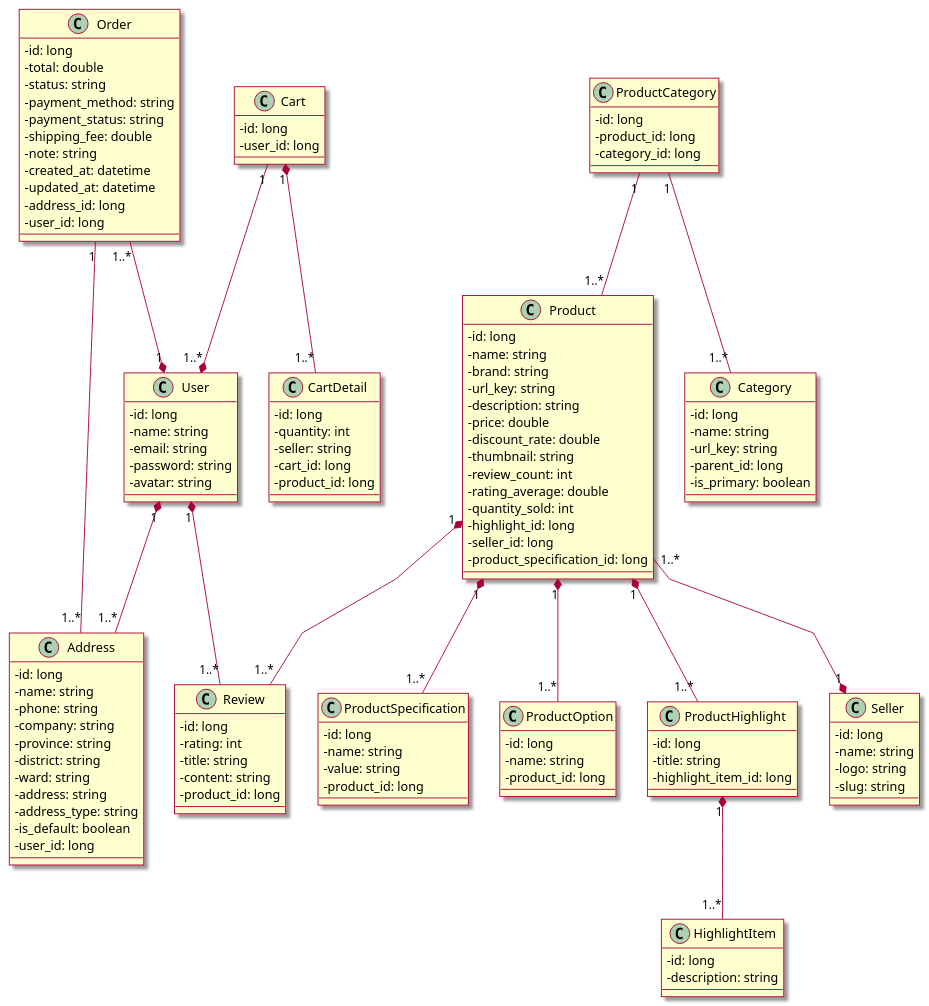
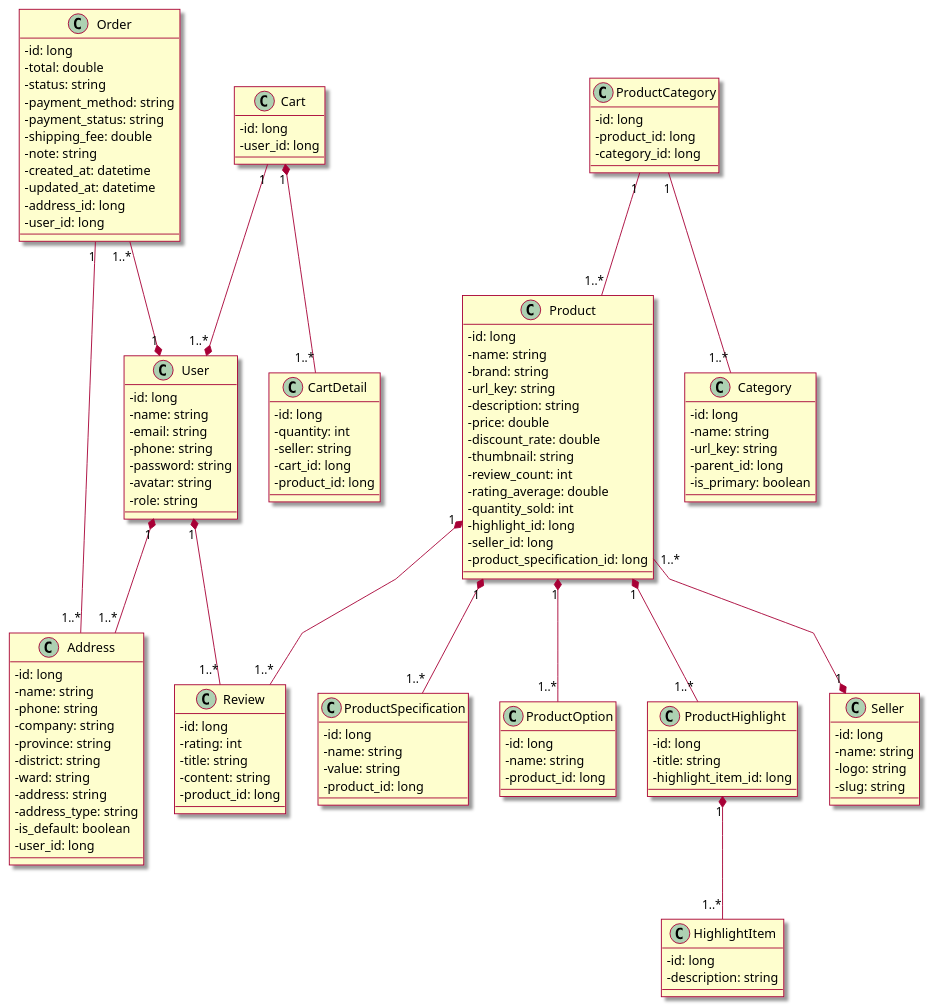
One commit to Marowota/ecommerce-plantuml changed the diagram in Class/ClassDiagram.puml. Above: the diagram before and after it, drawn with PlantUML.

```diff
--- a/Class/ClassDiagram.puml
+++ b/Class/ClassDiagram.puml
@@ -1,152 +1,154 @@
 @startuml Class Diagram
 
 skin rose
 skinparam classAttributeIconSize 0
 ' skinparam linetype ortho
 skinparam linetype polyline
 
 ' Product
 class Product{
     - id: long
     - name: string
     - brand: string
     - url_key: string
     - description: string
     - price: double
     - discount_rate: double
     - thumbnail: string
     - review_count: int
     - rating_average: double
     - quantity_sold: int
     - highlight_id: long
     - seller_id: long
     - product_specification_id: long
 }
 
 class ProductSpecification{
     - id: long
     - name: string
     - value: string
     - product_id: long
 }
 
 class ProductOption{
     - id: long
     - name: string
     - product_id: long
 }
 
 class ProductCategory{
     - id: long
     - product_id: long
     - category_id: long
 }
 
 class ProductHighlight{
     - id: long
     - title: string
     - highlight_item_id: long
 }
 
 class HighlightItem{
     - id: long
     - description: string
 }
 
 class Seller{
     - id: long
     - name: string
     - logo: string
     - slug: string
 }
 
 ' Category
 class Category{
     - id: long
     - name: string
     - url_key: string
     - parent_id: long
     - is_primary: boolean
 }
 
 ' Review
 class Review{
     - id: long
     - rating: int
     - title: string
     - content: string
     - product_id: long
 }
 
 ' User
 class User{
     - id: long
     - name: string
     - email: string
+    - phone: string
     - password: string
     - avatar: string
+    - role: string
 }
 
 class Address{
     - id: long
     - name: string
     - phone: string
     - company: string
     - province: string
     - district: string
     - ward: string
     - address: string
     - address_type: string
     - is_default: boolean
     - user_id: long
 }
 
 
 ' Cart
 class Cart{
     - id: long
     - user_id: long
 }
 
 class CartDetail{
     - id: long
     - quantity: int
     - seller: string
     - cart_id: long
     - product_id: long
 }
 
 ' Order
 class Order{
     - id: long
     - total: double
     - status: string
     - payment_method: string
     - payment_status: string
     - shipping_fee: double
     - note: string
     - created_at: datetime
     - updated_at: datetime
     - address_id: long
     - user_id: long
 }
 
 Product "1" *-- "1..*" ProductSpecification
 Product "1" *-- "1..*" ProductOption
 Product "1..* "--* "1" Seller
 Product "1" *-- "1..*" Review
 Product "1" *-- "1..*" ProductHighlight
 ProductHighlight "1" *-- "1..*" HighlightItem
 
 ProductCategory "1" -- "1..*" Product
 ProductCategory "1" -- "1..*" Category
 
 User "1" *-- "1..*" Address
 User "1" *-- "1..*" Review
 
 Cart "1" --* "1..*" User
 Cart "1" *-- "1..*" CartDetail
 
 Order "1..*" --* "1" User
 Order "1" -- "1..*" Address
 @enduml
```
